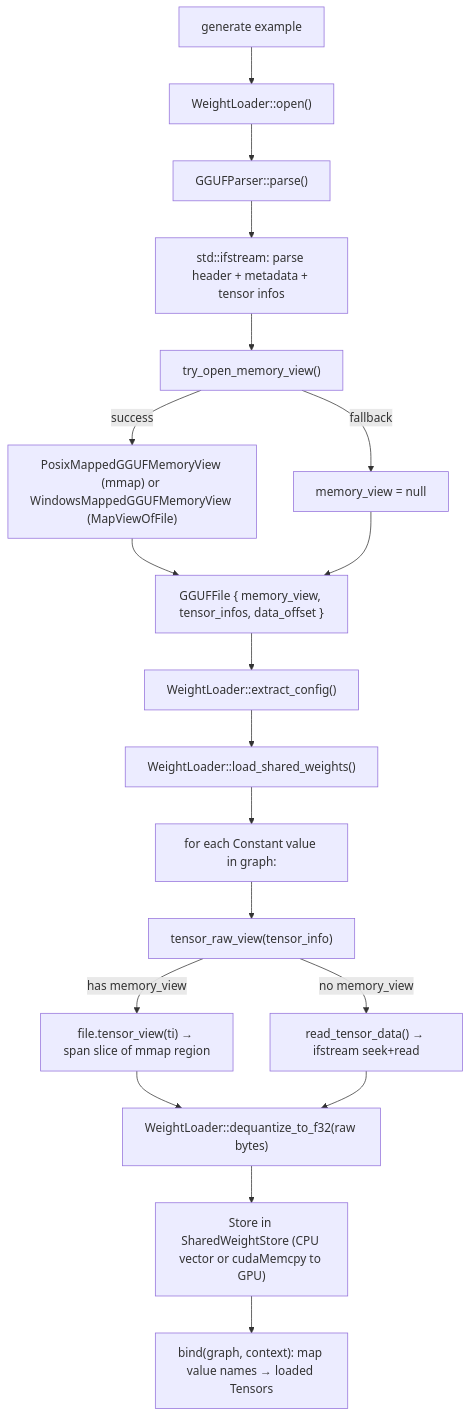
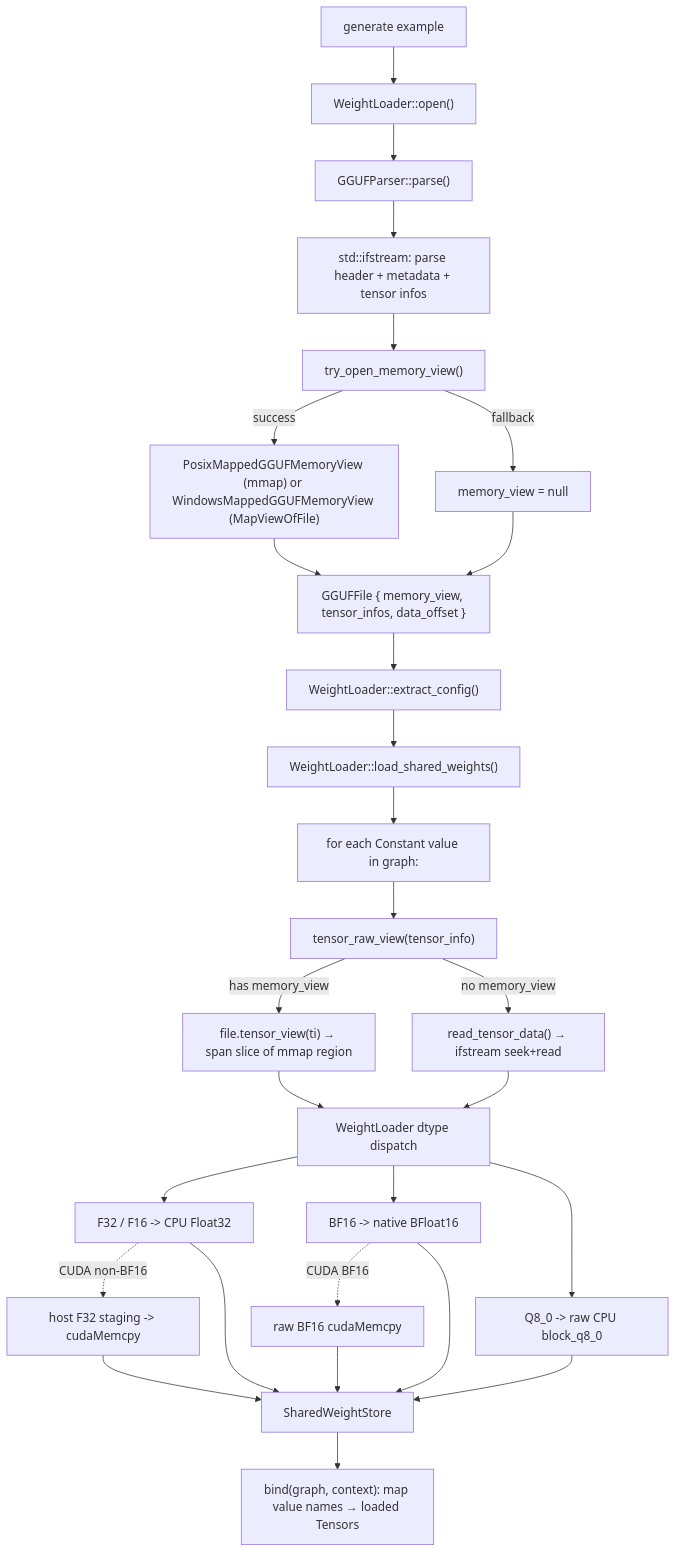
One commit to plutoaac/llmengine changed the first of 6 diagrams in docs/runtime_flows.md. Above: the diagram before and after it, drawn with Mermaid. The commit also changed other lines of this file and 13 other files, not shown here.

Commit message:
Add CPU Q8_0 weight-only inference path

````diff
--- a/docs/runtime_flows.md
+++ b/docs/runtime_flows.md
@@ -7,24 +7,33 @@
 ```mermaid
 flowchart TD
     User["generate example"] --> WL["WeightLoader::open()"]
     WL --> Parse["GGUFParser::parse()"]
     Parse --> StreamRead["std::ifstream: parse header + metadata + tensor infos"]
     StreamRead --> Mmap["try_open_memory_view()"]
     Mmap -->|success| MV["PosixMappedGGUFMemoryView (mmap) or WindowsMappedGGUFMemoryView (MapViewOfFile)"]
     Mmap -->|fallback| NoMmap["memory_view = null"]
     MV --> GGUFFile["GGUFFile { memory_view, tensor_infos, data_offset }"]
     NoMmap --> GGUFFile
 
     GGUFFile --> Config["WeightLoader::extract_config()"]
     Config --> LoadWeights["WeightLoader::load_shared_weights()"]
 
     LoadWeights --> Loop["for each Constant value in graph:"]
     Loop --> TensorRaw["tensor_raw_view(tensor_info)"]
     TensorRaw -->|has memory_view| ViewSlice["file.tensor_view(ti) → span slice of mmap region"]
     TensorRaw -->|no memory_view| Fallback["read_tensor_data() → ifstream seek+read"]
-    ViewSlice --> Dequant["WeightLoader::dequantize_to_f32(raw bytes)"]
-    Fallback --> Dequant
-    Dequant --> Store["Store in SharedWeightStore (CPU vector or cudaMemcpy to GPU)"]
+    ViewSlice --> DTypeDispatch["WeightLoader dtype dispatch"]
+    Fallback --> DTypeDispatch
+    DTypeDispatch --> F32["F32 / F16 -> CPU Float32"]
+    DTypeDispatch --> BF16["BF16 -> native BFloat16"]
+    DTypeDispatch --> Q8["Q8_0 -> raw CPU block_q8_0"]
+    F32 -. "CUDA non-BF16" .-> CudaF32["host F32 staging -> cudaMemcpy"]
+    BF16 -. "CUDA BF16" .-> CudaBF16["raw BF16 cudaMemcpy"]
+    F32 --> Store["SharedWeightStore"]
+    BF16 --> Store
+    Q8 --> Store
+    CudaF32 --> Store
+    CudaBF16 --> Store
 
     Store --> Bind["bind(graph, context): map value names → loaded Tensors"]
 ```
````
